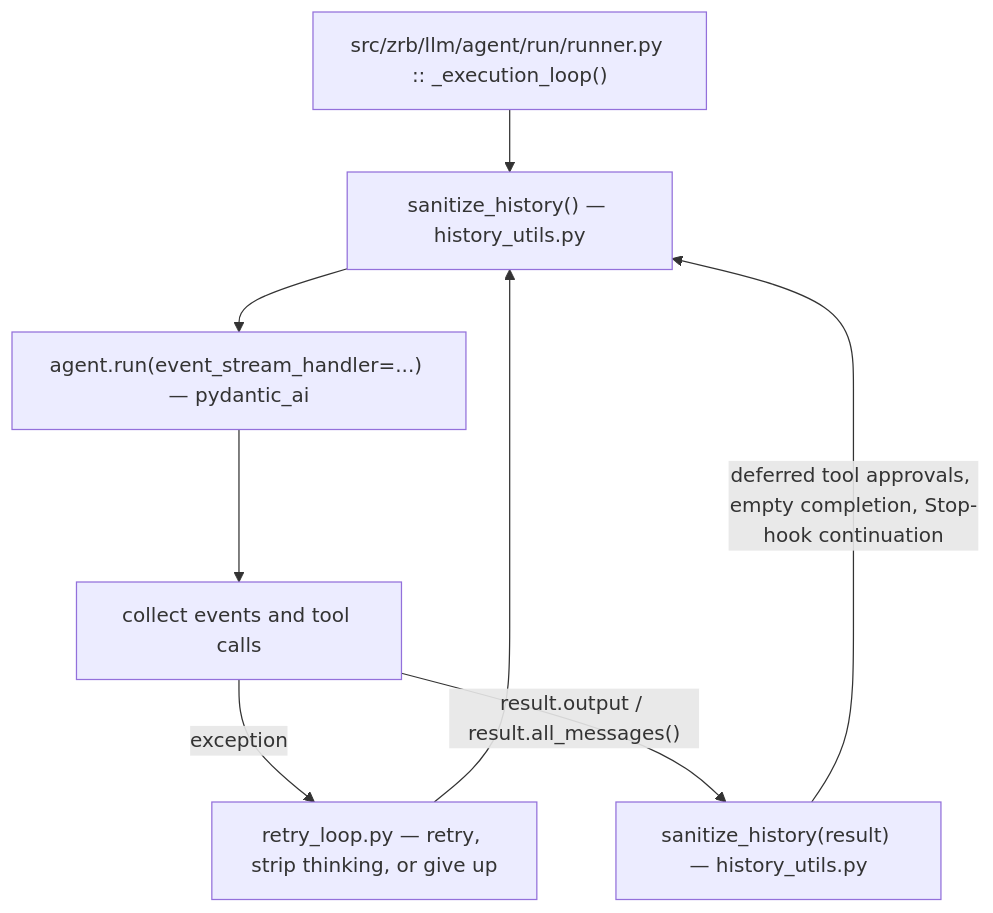
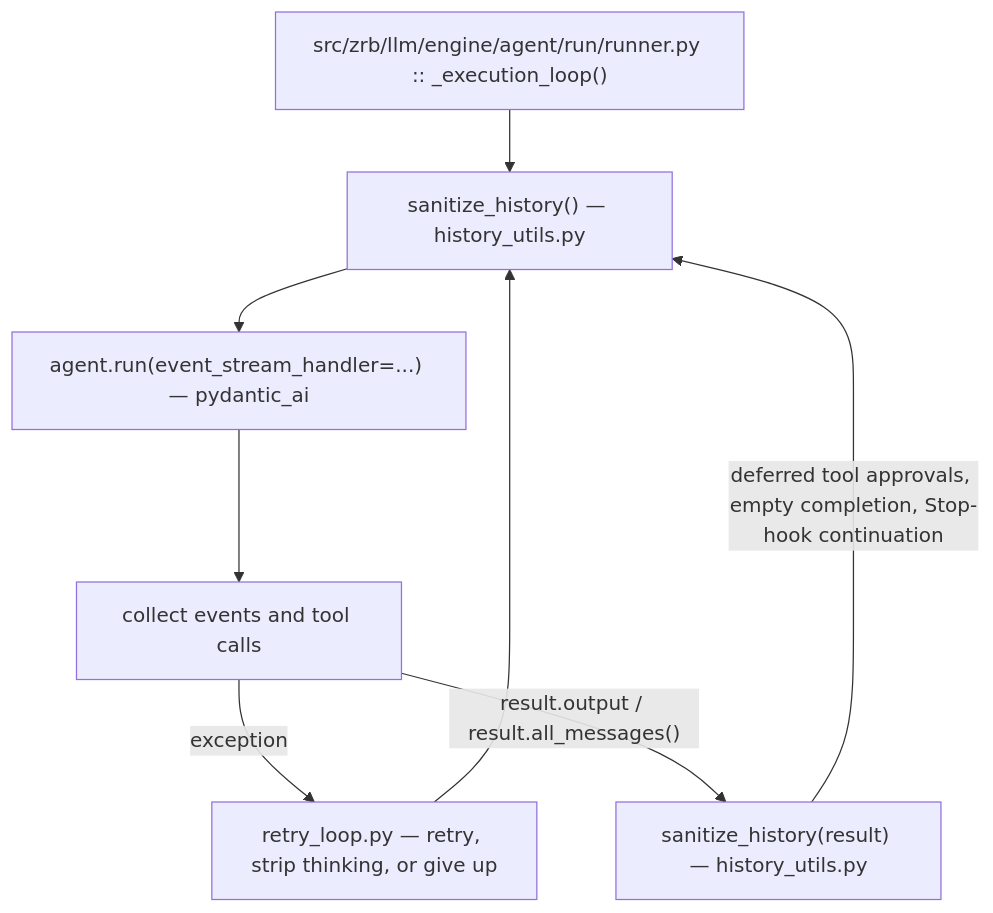
Before and after one commit to state-alchemists/zrb: the fifth of 7 diagrams in docs/llm/llm-chat-lifecycle.md, drawn with Mermaid. The commit also changed other lines of this file and 397 other files, not shown here.

````diff
--- a/docs/llm/llm-chat-lifecycle.md
+++ b/docs/llm/llm-chat-lifecycle.md
@@ -92,10 +92,10 @@
 ```mermaid
 flowchart TD
-    Loop["src/zrb/llm/agent/run/runner.py :: _execution_loop()"] --> Sanitize["sanitize_history() — history_utils.py"]
+    Loop["src/zrb/llm/engine/agent/run/runner.py :: _execution_loop()"] --> Sanitize["sanitize_history() — history_utils.py"]
     Sanitize --> Stream["agent.run(event_stream_handler=...) — pydantic_ai"]
     Stream --> Collect["collect events and tool calls"]
     Collect -->|exception| Retry["retry_loop.py — retry, strip thinking, or give up"]
     Collect -->|"result.output / result.all_messages()"| Post["sanitize_history(result) — history_utils.py"]
     Retry --> Sanitize
     Post -->|"deferred tool approvals, empty completion, Stop-hook continuation"| Sanitize
 ```
````
